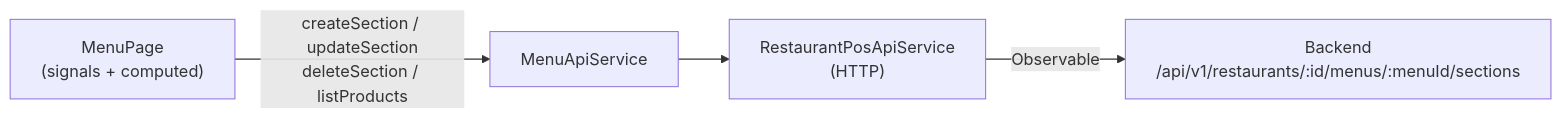
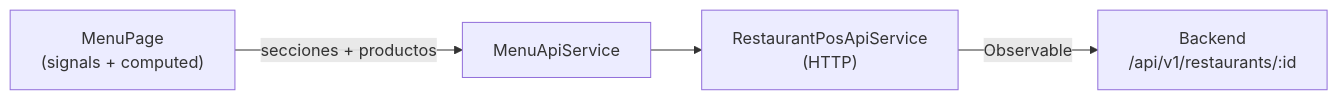
Before and after one commit to Programito/fullstack-architecture-lab: the fourth of 9 diagrams in frontend/docs/architecture.md, drawn with Mermaid. The commit also changed other lines of this file and 34 other files, not shown here.

First line of the commit message:
feat: add product CRUD to menu page with section assignment and loading spinner

````diff
--- a/frontend/docs/architecture.md
+++ b/frontend/docs/architecture.md
@@ -191,11 +193,11 @@
 ```mermaid
 flowchart LR
   Page["MenuPage\n(signals + computed)"]
   Svc["MenuApiService"]
   PosApi["RestaurantPosApiService\n(HTTP)"]
-  Backend["Backend\n/api/v1/restaurants/:id/menus/:menuId/sections"]
+  Backend["Backend\n/api/v1/restaurants/:id"]
 
-  Page -->|"createSection / updateSection\ndeleteSection / listProducts"| Svc
+  Page -->|"secciones + productos"| Svc
   Svc --> PosApi
   PosApi -->|Observable| Backend
 ```
````
